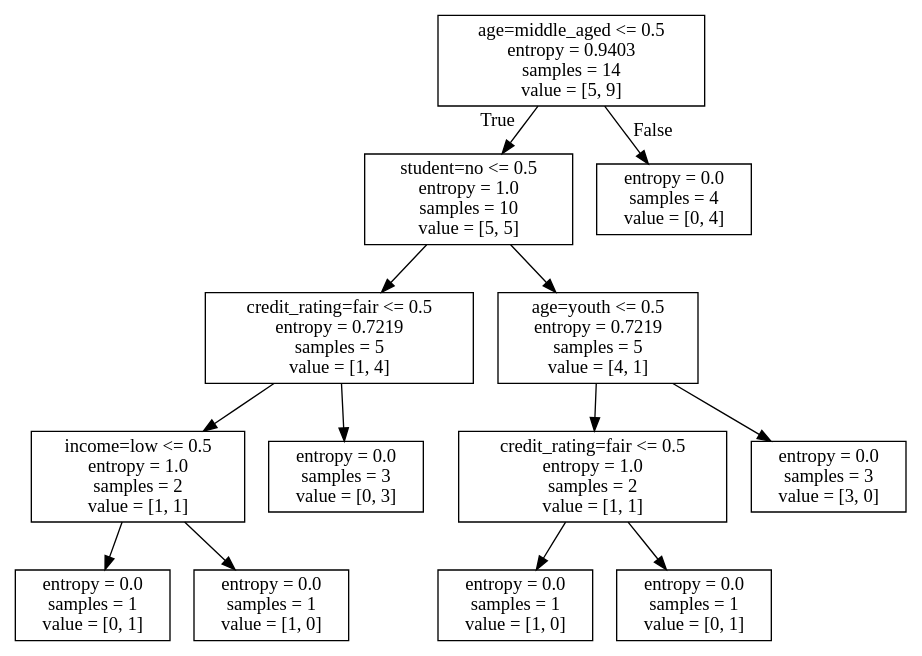
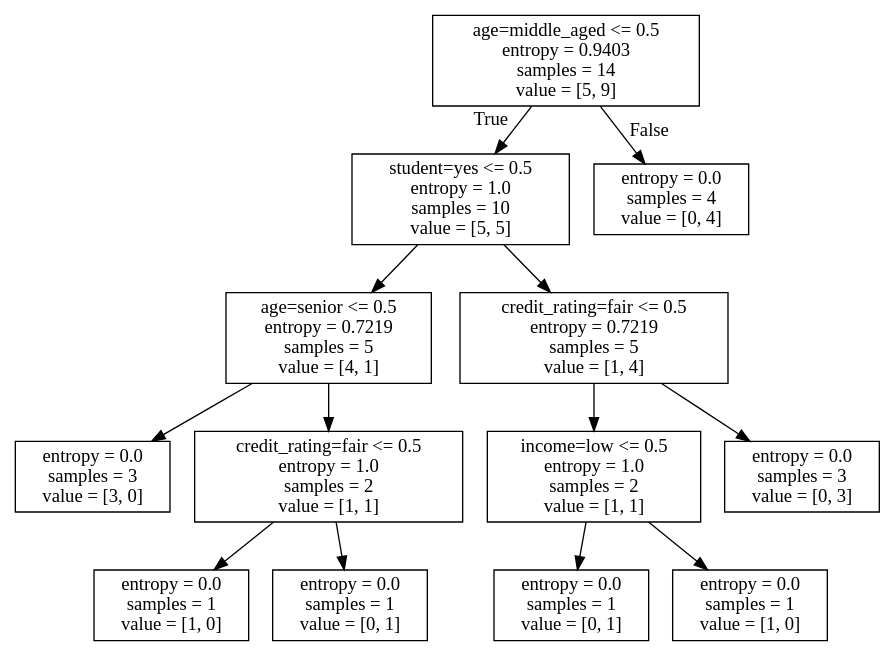
One commit to veritastry/DeepLearningBasicsMachineLearning changed the diagram in DecisionTree/allElectronicInformationGainOri.dot. Above: the diagram before and after it, drawn with Graphviz. The commit also changed 2 other files, not shown here.

```diff
--- a/DecisionTree/allElectronicInformationGainOri.dot
+++ b/DecisionTree/allElectronicInformationGainOri.dot
@@ -1,28 +1,28 @@
 digraph Tree {
 node [shape=box] ;
 0 [label="age=middle_aged <= 0.5\nentropy = 0.9403\nsamples = 14\nvalue = [5, 9]"] ;
-1 [label="student=no <= 0.5\nentropy = 1.0\nsamples = 10\nvalue = [5, 5]"] ;
+1 [label="student=yes <= 0.5\nentropy = 1.0\nsamples = 10\nvalue = [5, 5]"] ;
 0 -> 1 [labeldistance=2.5, labelangle=45, headlabel="True"] ;
-2 [label="credit_rating=fair <= 0.5\nentropy = 0.7219\nsamples = 5\nvalue = [1, 4]"] ;
+2 [label="age=senior <= 0.5\nentropy = 0.7219\nsamples = 5\nvalue = [4, 1]"] ;
 1 -> 2 ;
-3 [label="income=low <= 0.5\nentropy = 1.0\nsamples = 2\nvalue = [1, 1]"] ;
+3 [label="entropy = 0.0\nsamples = 3\nvalue = [3, 0]"] ;
 2 -> 3 ;
-4 [label="entropy = 0.0\nsamples = 1\nvalue = [0, 1]"] ;
-3 -> 4 ;
+4 [label="credit_rating=fair <= 0.5\nentropy = 1.0\nsamples = 2\nvalue = [1, 1]"] ;
+2 -> 4 ;
 5 [label="entropy = 0.0\nsamples = 1\nvalue = [1, 0]"] ;
-3 -> 5 ;
-6 [label="entropy = 0.0\nsamples = 3\nvalue = [0, 3]"] ;
-2 -> 6 ;
-7 [label="age=youth <= 0.5\nentropy = 0.7219\nsamples = 5\nvalue = [4, 1]"] ;
+4 -> 5 ;
+6 [label="entropy = 0.0\nsamples = 1\nvalue = [0, 1]"] ;
+4 -> 6 ;
+7 [label="credit_rating=fair <= 0.5\nentropy = 0.7219\nsamples = 5\nvalue = [1, 4]"] ;
 1 -> 7 ;
-8 [label="credit_rating=fair <= 0.5\nentropy = 1.0\nsamples = 2\nvalue = [1, 1]"] ;
+8 [label="income=low <= 0.5\nentropy = 1.0\nsamples = 2\nvalue = [1, 1]"] ;
 7 -> 8 ;
-9 [label="entropy = 0.0\nsamples = 1\nvalue = [1, 0]"] ;
+9 [label="entropy = 0.0\nsamples = 1\nvalue = [0, 1]"] ;
 8 -> 9 ;
-10 [label="entropy = 0.0\nsamples = 1\nvalue = [0, 1]"] ;
+10 [label="entropy = 0.0\nsamples = 1\nvalue = [1, 0]"] ;
 8 -> 10 ;
-11 [label="entropy = 0.0\nsamples = 3\nvalue = [3, 0]"] ;
+11 [label="entropy = 0.0\nsamples = 3\nvalue = [0, 3]"] ;
 7 -> 11 ;
 12 [label="entropy = 0.0\nsamples = 4\nvalue = [0, 4]"] ;
 0 -> 12 [labeldistance=2.5, labelangle=-45, headlabel="False"] ;
 }
```
